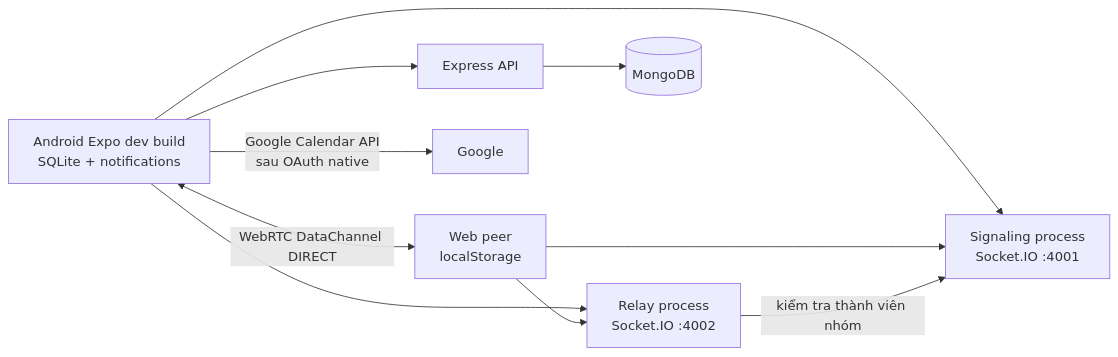
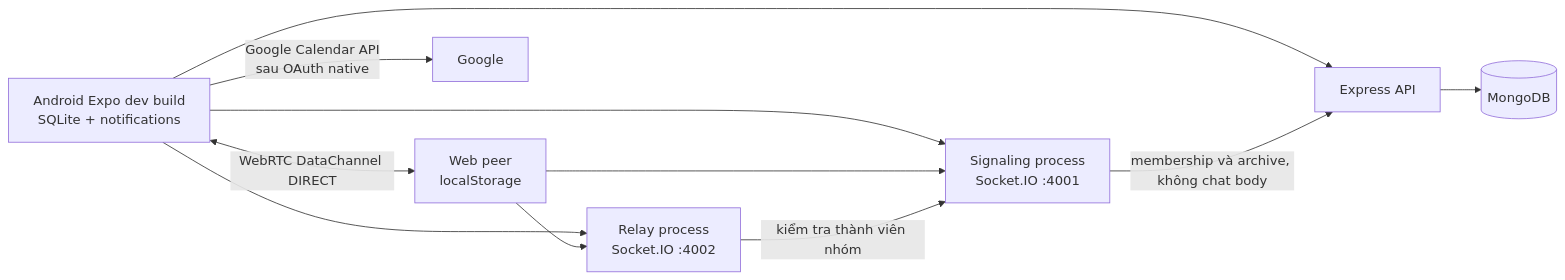
One commit to Ngocnguyen055/mobile_app changed the diagram in docs/architecture.md. Above: the diagram before and after it, drawn with Mermaid. The commit also changed other lines of this file and 46 other files, not shown here.

````diff
--- a/docs/architecture.md
+++ b/docs/architecture.md
@@ -3,12 +3,13 @@
 ```mermaid
 flowchart LR
   Android[Android Expo dev build\nSQLite + notifications] --> API[Express API]
   Android --> Signal[Signaling process\nSocket.IO :4001]
   Android --> Relay[Relay process\nSocket.IO :4002]
   Web[Web peer\nlocalStorage] --> Signal
   Web --> Relay
   Android <-->|WebRTC DataChannel DIRECT| Web
   API --> Mongo[(MongoDB)]
+  Signal -->|membership và archive, không chat body| API
   Relay -->|kiểm tra thành viên nhóm| Signal
   Android -->|Google Calendar API\nsau OAuth native| Google[Google]
 ```
````
